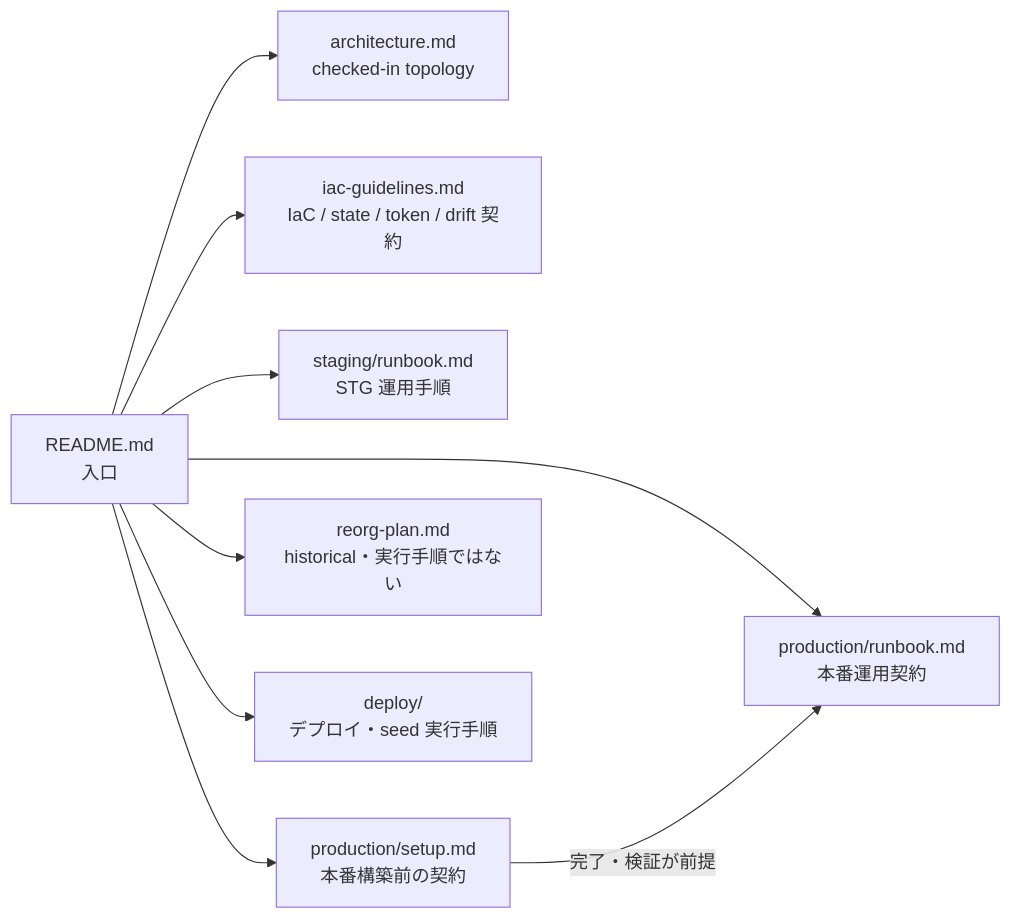
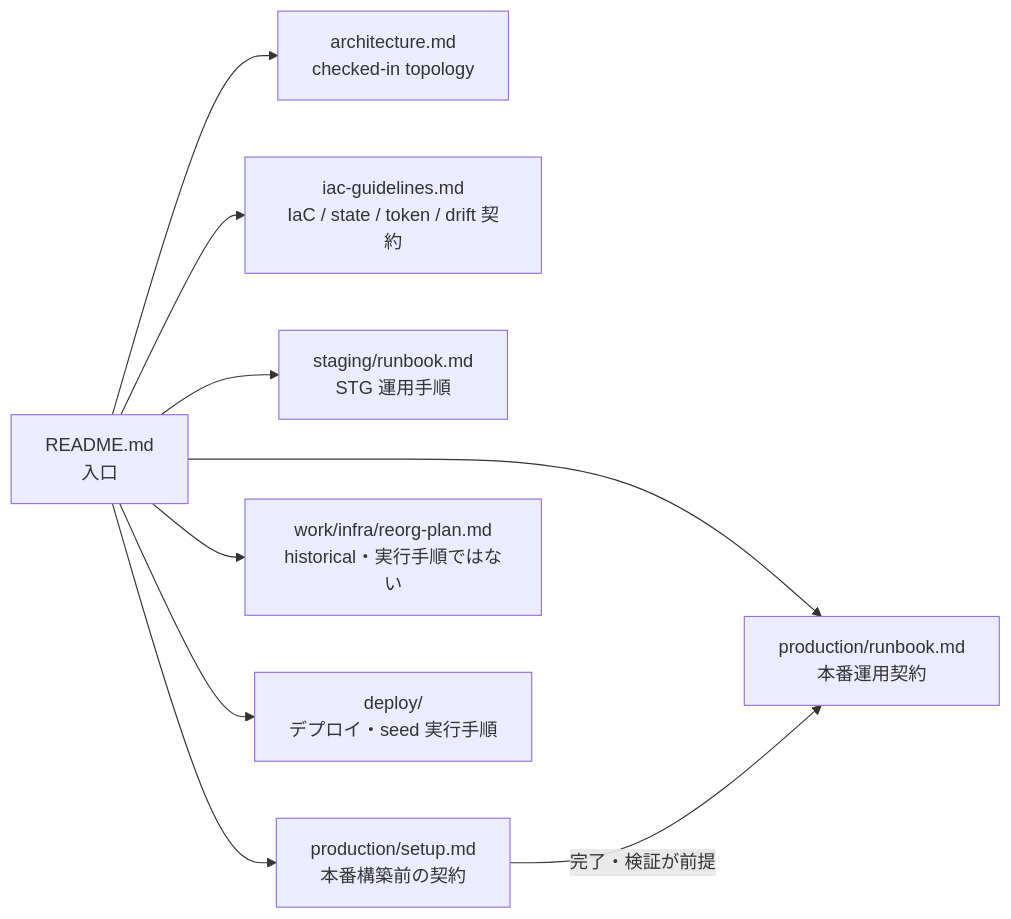
Before and after one commit to MinoruSoga/AnimalEkarte: the diagram in docs/ops/infra/README.md, drawn with Mermaid. The commit also changed other lines of this file and 89 other files, not shown here.

````diff
--- a/docs/ops/infra/README.md
+++ b/docs/ops/infra/README.md
@@ -16,12 +17,12 @@
 ```mermaid
 flowchart LR
     IDX["README.md<br/>入口"]
     IDX --> ARCH["architecture.md<br/>checked-in topology"]
     IDX --> IAC["iac-guidelines.md<br/>IaC / state / token / drift 契約"]
     IDX --> STG["staging/runbook.md<br/>STG 運用手順"]
     IDX --> SETUP["production/setup.md<br/>本番構築前の契約"]
     IDX --> PROD["production/runbook.md<br/>本番運用契約"]
-    IDX --> REORG["reorg-plan.md<br/>historical・実行手順ではない"]
+    IDX --> REORG["work/infra/reorg-plan.md<br/>historical・実行手順ではない"]
     IDX --> DEP["deploy/<br/>デプロイ・seed 実行手順"]
     SETUP -->|"完了・検証が前提"| PROD
 ```
````
